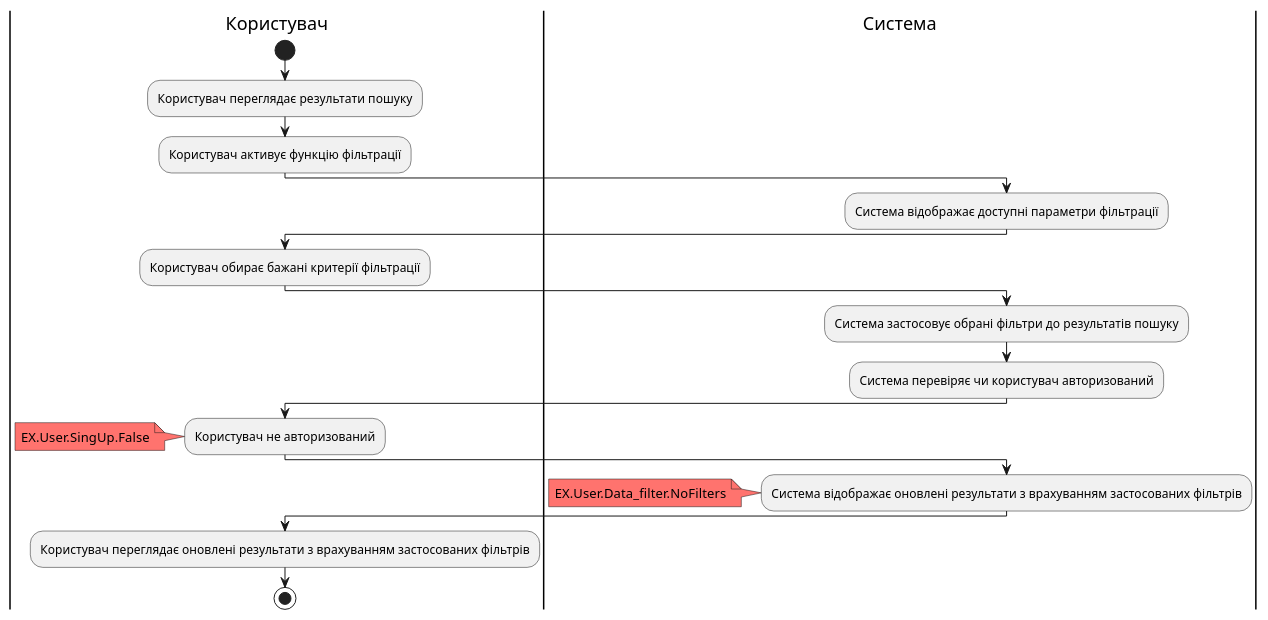
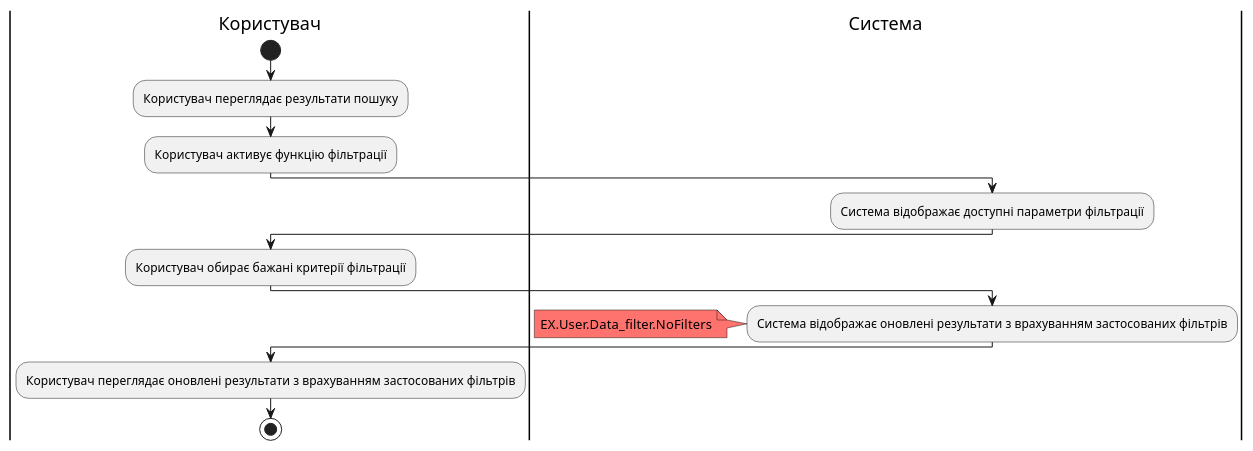
Before and after one commit to nonGratis/retarder-io-23-3: the seventh of 10 diagrams in docs/use cases/README.md, drawn with PlantUML. The commit also changed other lines of this file, not shown here.

````diff
--- a/docs/use cases/README.md
+++ b/docs/use cases/README.md
@@ -248,29 +240,21 @@
 ```plantuml
 @startuml
 |Користувач|
     start
     :Користувач переглядає результати пошуку;
     :Користувач активує функцію фільтрації;
 |Система|
     :Система відображає доступні параметри фільтрації;
 |Користувач|
     :Користувач обирає бажані критерії фільтрації;
 |Система|
-    :Система застосовує обрані фільтри до результатів пошуку;
-    :Система перевіряє чи користувач авторизований;
-|Користувач|
-    :Користувач не авторизований;
-    note left #FF736E
-    EX.User.SingUp.False
-    end note
-|Система|
     :Система відображає оновлені результати з врахуванням застосованих фільтрів;
     note left #FF736E
     EX.User.Data_filter.NoFilters
     end note
     
 |Користувач|
     :Користувач переглядає оновлені результати з врахуванням застосованих фільтрів;
     stop;
 @enduml
 ```
````
